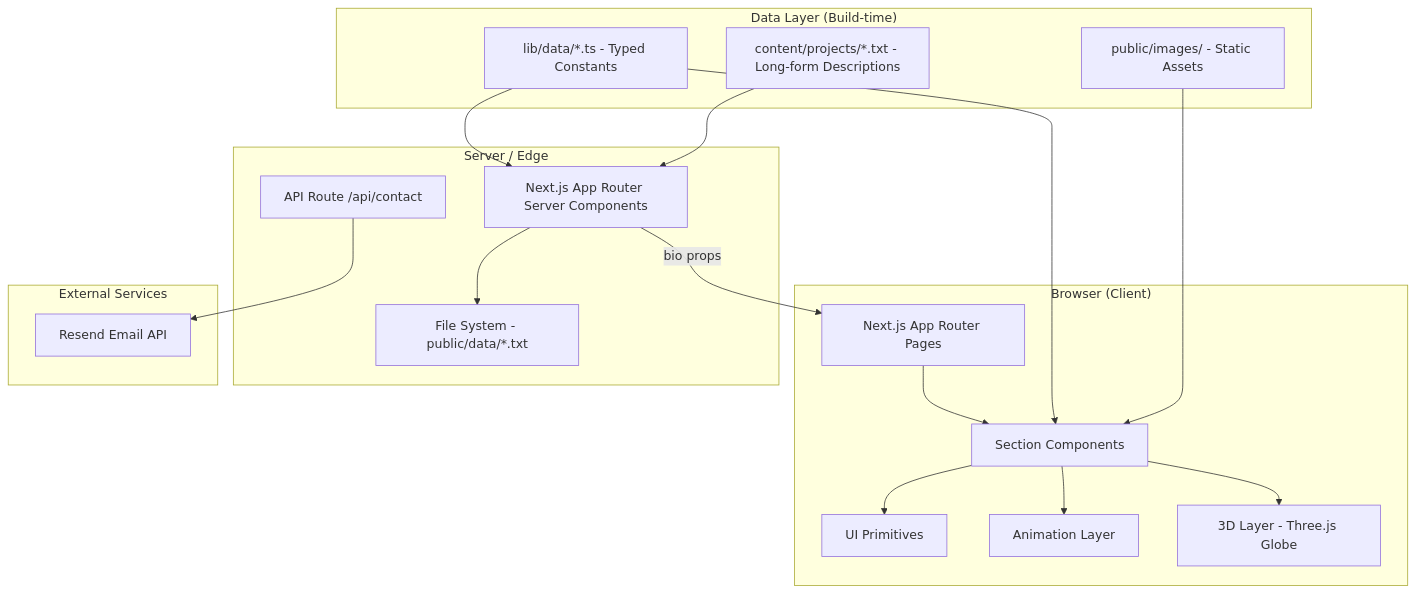
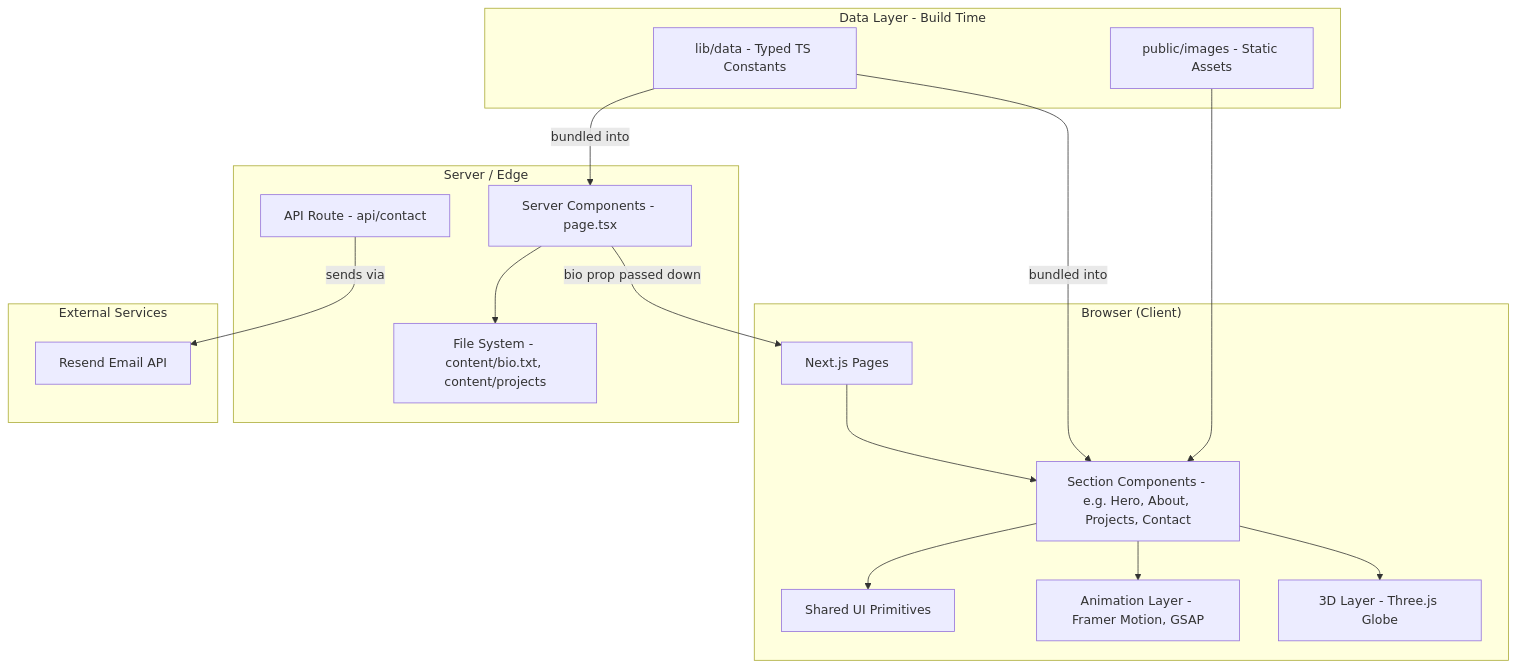
One commit to rapha-pro/porfolio changed the first of 2 diagrams in README.md. Above: the diagram before and after it, drawn with Mermaid. The commit also changed other lines of this file, not shown here.

Commit message:
fix mermaid in readme

````diff
--- a/README.md
+++ b/README.md
@@ -36,38 +36,36 @@
 ```mermaid
 graph TD
-  subgraph Browser["Browser (Client)"]
-    A[Next.js App Router Pages]
-    B[Section Components]
-    C[UI Primitives]
-    D[Animation Layer]
-    E[3D Layer - Three.js Globe]
+  subgraph Client["Browser (Client)"]
+    PA[Next.js Pages]
+    SC[Section Components - e.g. Hero, About, Projects, Contact]
+    UI[Shared UI Primitives]
+    AN[Animation Layer - Framer Motion, GSAP]
+    TD[3D Layer - Three.js Globe]
   end
 
-  subgraph Server["Server / Edge"]
-    F[Next.js App Router Server Components]
-    G[API Route /api/contact]
-    H[File System - public/data/*.txt]
+  subgraph Srv["Server / Edge"]
+    SSR[Server Components - page.tsx]
+    API[API Route - api/contact]
+    FS[File System - content/bio.txt, content/projects]
   end
 
-  subgraph Data["Data Layer (Build-time)"]
-    I[lib/data/*.ts - Typed Constants]
-    J[content/projects/*.txt - Long-form Descriptions]
-    K[public/images/ - Static Assets]
+  subgraph DL["Data Layer - Build Time"]
+    CNST[lib/data - Typed TS Constants]
+    IMGS[public/images - Static Assets]
   end
 
-  subgraph External["External Services"]
-    L[Resend Email API]
+  subgraph Ext["External Services"]
+    RS[Resend Email API]
   end
 
-  A --> B
-  B --> C
-  B --> D
-  B --> E
-  F --> H
-  F -->|bio props| A
-  G --> L
-  I --> F
-  I --> B
-  J --> F
-  K --> B
+  PA --> SC
+  SC --> UI
+  SC --> AN
+  SC --> TD
+  SSR --> FS
+  SSR -->|bio prop passed down| PA
+  API -->|sends via| RS
+  CNST -->|bundled into| SSR
+  CNST -->|bundled into| SC
+  IMGS --> SC
 ```
````
